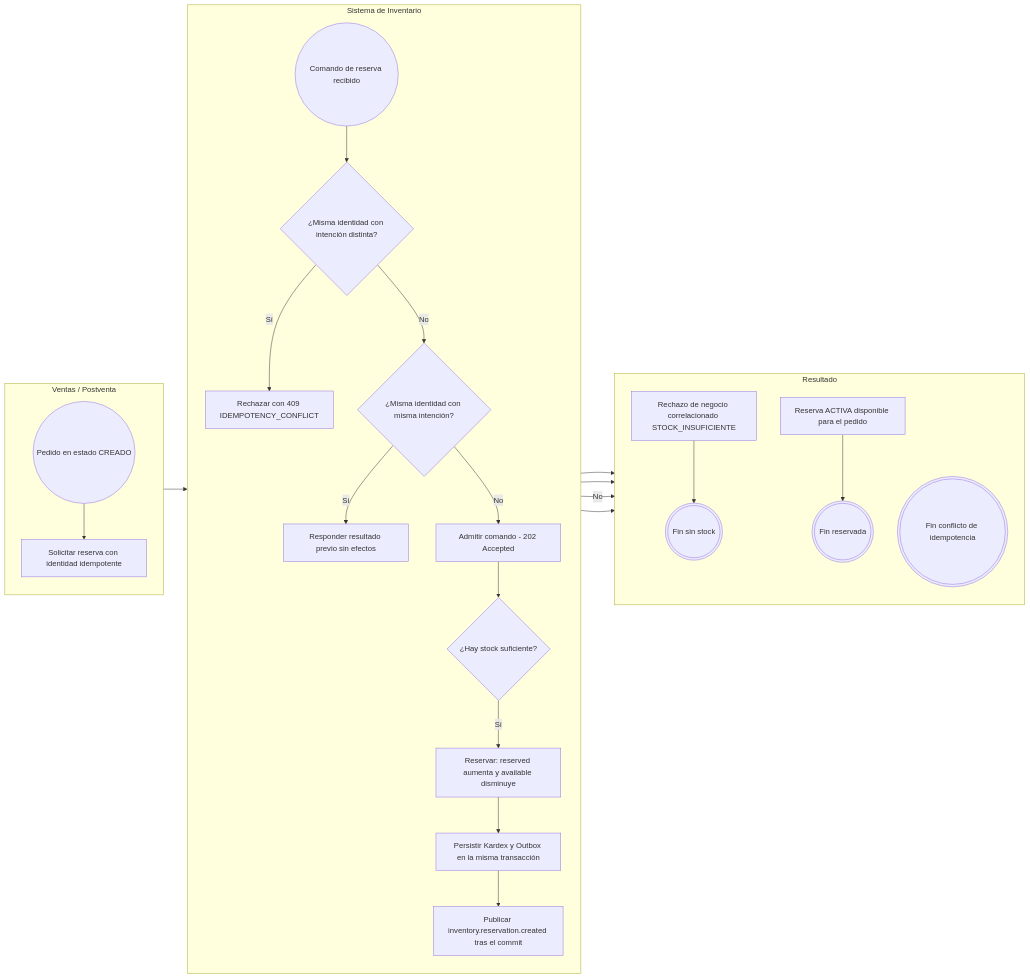
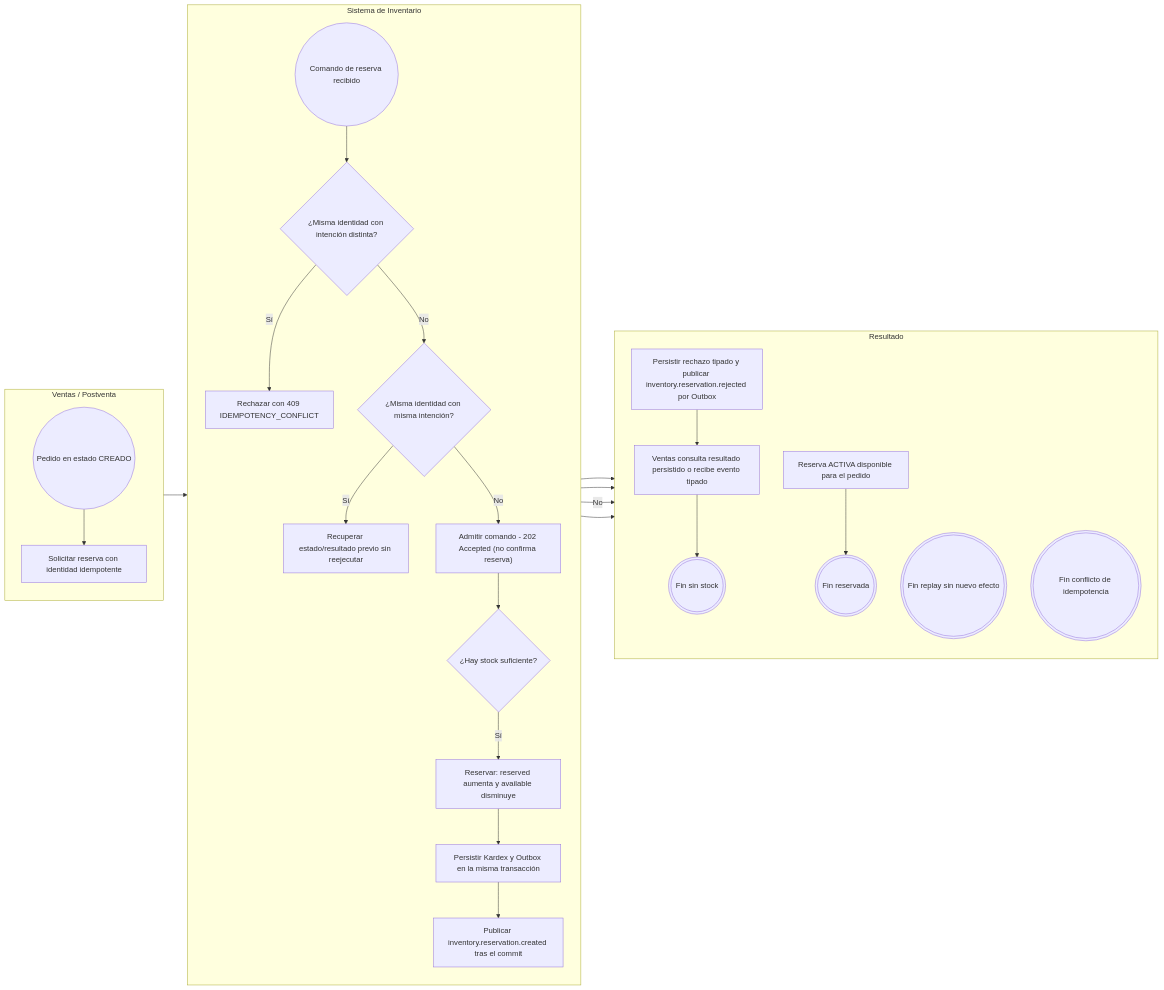
Before and after one commit to Taller-SW-Web/G6-Productos-Ofertas-docs: the second of 13 diagrams in requisitos/flujos/FLOW-015-control-stock-disponibilidad.md, drawn with Mermaid. The commit also changed other lines of this file and 4 other files, not shown here.

````diff
--- a/requisitos/flujos/FLOW-015-control-stock-disponibilidad.md
+++ b/requisitos/flujos/FLOW-015-control-stock-disponibilidad.md
@@ -86,49 +88,52 @@
 ```mermaid
 flowchart LR
     subgraph VENT["Ventas / Postventa"]
         direction TB
         INICIO((Pedido en estado CREADO))
         A1["Solicitar reserva con identidad idempotente"]
     end
 
     subgraph INV["Sistema de Inventario"]
         direction TB
         E1(("Comando de reserva recibido"))
         D1{"¿Misma identidad con intención distinta?"}
         A2["Rechazar con 409 IDEMPOTENCY_CONFLICT"]
         D2{"¿Misma identidad con misma intención?"}
-        A3["Responder resultado previo sin efectos"]
-        A4["Admitir comando - 202 Accepted"]
+        A3["Recuperar estado/resultado previo sin reejecutar"]
+        A4["Admitir comando - 202 Accepted (no confirma reserva)"]
         D3{"¿Hay stock suficiente?"}
         A5["Reservar: reserved aumenta y available disminuye"]
         A6["Persistir Kardex y Outbox en la misma transacción"]
         A7["Publicar inventory.reservation.created tras el commit"]
     end
 
     subgraph RES["Resultado"]
         direction TB
         A8["Reserva ACTIVA disponible para el pedido"]
-        B1["Rechazo de negocio correlacionado STOCK_INSUFICIENTE"]
+        B1["Persistir rechazo tipado y publicar inventory.reservation.rejected por Outbox"]
+        A9["Ventas consulta resultado persistido o recibe evento tipado"]
+        FIN_REPLAY(((Fin replay sin nuevo efecto)))
         FIN_OK(((Fin reservada)))
         FIN_CONF(((Fin conflicto de idempotencia)))
         FIN_NEG(((Fin sin stock)))
     end
 
     INICIO --> A1
     A1 --> E1
     E1 --> D1
     D1 -->|"Sí"| A2
     D1 -->|"No"| D2
     D2 -->|"Sí"| A3
     D2 -->|"No"| A4
     A2 --> FIN_CONF
-    A3 --> A8
+    A3 --> FIN_REPLAY
     A4 --> D3
     D3 -->|"No"| B1
     D3 -->|"Sí"| A5
-    B1 --> FIN_NEG
+    B1 --> A9
+    A9 --> FIN_NEG
     A5 --> A6
     A6 --> A7
     A7 --> A8
     A8 --> FIN_OK
 ```
````
